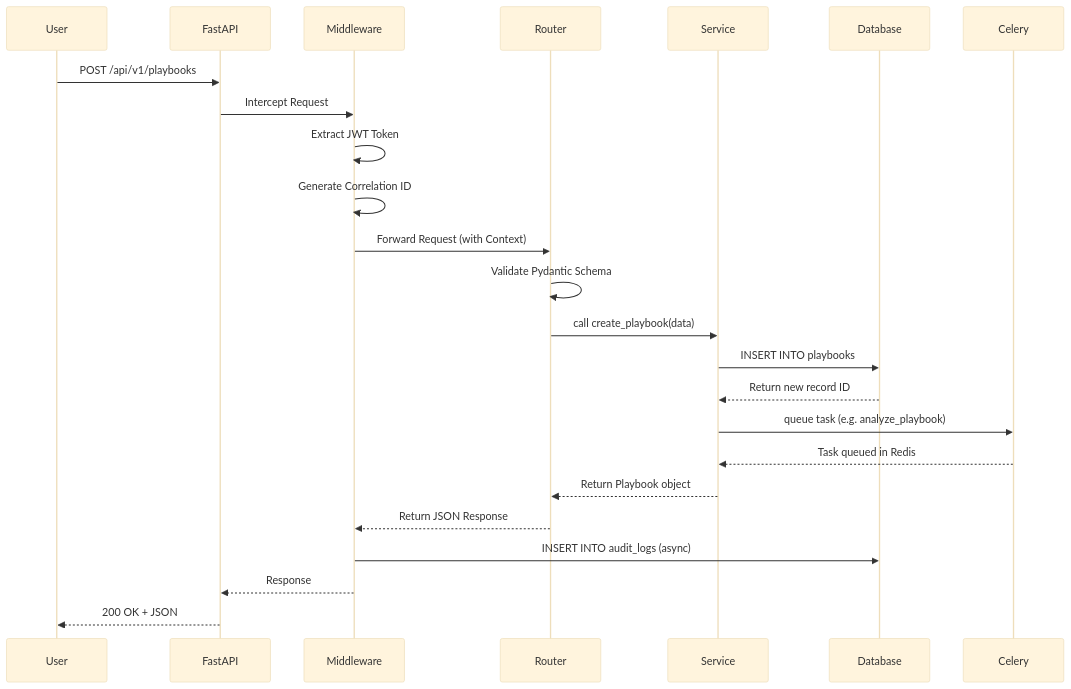
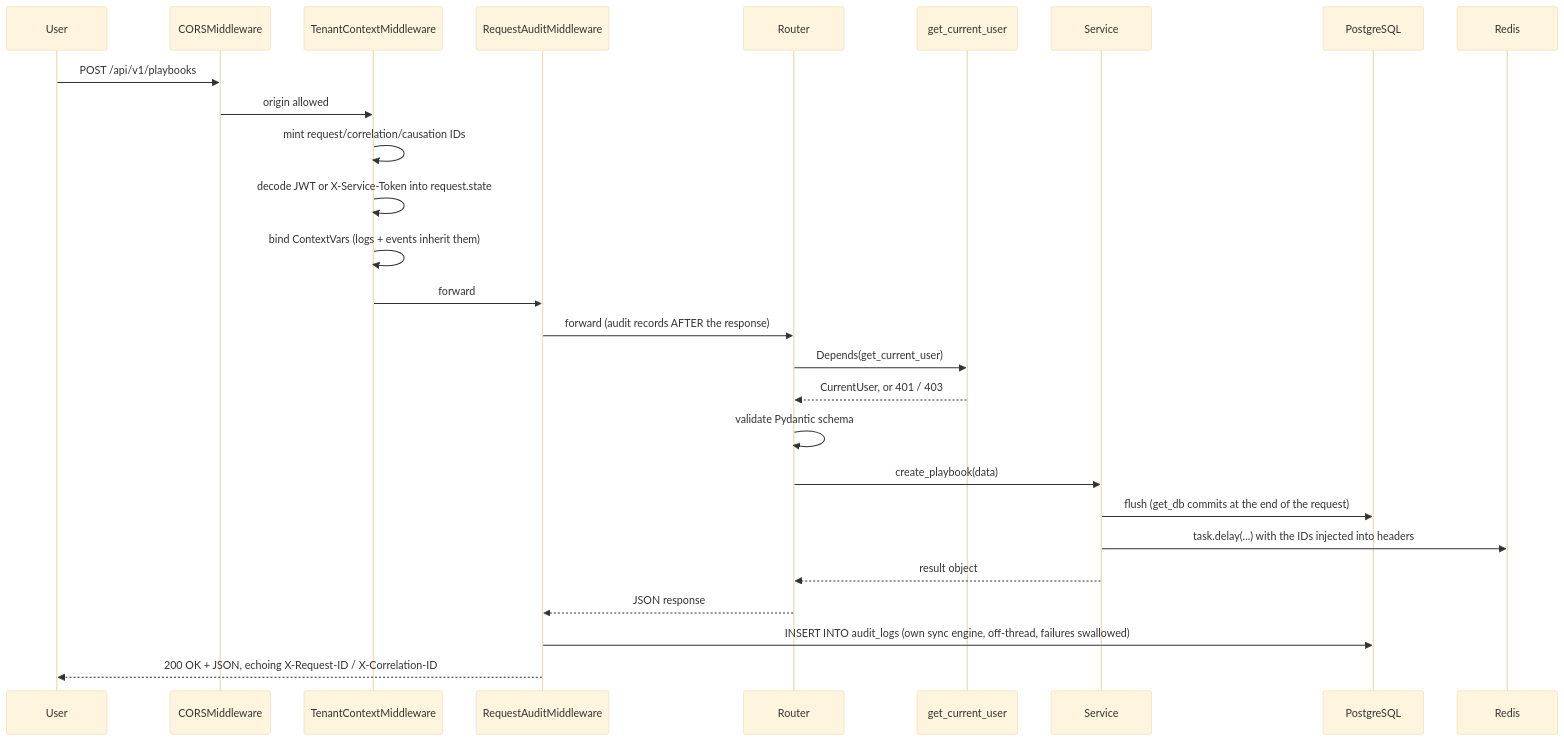
Before and after one commit to Valuedx/ContextEdge: the second of 4 diagrams in docs/02_Project_Architecture.md, drawn with Mermaid (base theme). The commit also changed other lines of this file and 48 other files, not shown here.

````diff
--- a/docs/02_Project_Architecture.md
+++ b/docs/02_Project_Architecture.md
@@ -185,27 +193,30 @@
 ```mermaid
 sequenceDiagram
     participant User
-    participant FastAPI
-    participant Middleware
+    participant CORS as CORSMiddleware
+    participant Ctx as TenantContextMiddleware
+    participant Audit as RequestAuditMiddleware
     participant Router
+    participant Dep as get_current_user
     participant Service
-    participant Database
-    participant Celery
+    participant DB as PostgreSQL
+    participant Redis
 
-    User->>FastAPI: POST /api/v1/playbooks
-    FastAPI->>Middleware: Intercept Request
-    Middleware->>Middleware: Extract JWT Token
-    Middleware->>Middleware: Generate Correlation ID
-    Middleware->>Router: Forward Request (with Context)
-    Router->>Router: Validate Pydantic Schema
-    Router->>Service: call create_playbook(data)
-    Service->>Database: INSERT INTO playbooks
-    Database-->>Service: Return new record ID
-    Service->>Celery: queue task (e.g. analyze_playbook)
-    Celery-->>Service: Task queued in Redis
-    Service-->>Router: Return Playbook object
-    Router-->>Middleware: Return JSON Response
-    Middleware->>Database: INSERT INTO audit_logs (async)
-    Middleware-->>FastAPI: Response
-    FastAPI-->>User: 200 OK + JSON
+    User->>CORS: POST /api/v1/playbooks
+    CORS->>Ctx: origin allowed
+    Ctx->>Ctx: mint request/correlation/causation IDs
+    Ctx->>Ctx: decode JWT or X-Service-Token into request.state
+    Ctx->>Ctx: bind ContextVars (logs + events inherit them)
+    Ctx->>Audit: forward
+    Audit->>Router: forward (audit records AFTER the response)
+    Router->>Dep: Depends(get_current_user)
+    Dep-->>Router: CurrentUser, or 401 / 403
+    Router->>Router: validate Pydantic schema
+    Router->>Service: create_playbook(data)
+    Service->>DB: flush (get_db commits at the end of the request)
+    Service->>Redis: task.delay(...) with the IDs injected into headers
+    Service-->>Router: result object
+    Router-->>Audit: JSON response
+    Audit->>DB: INSERT INTO audit_logs (own sync engine, off-thread, failures swallowed)
+    Audit-->>User: 200 OK + JSON, echoing X-Request-ID / X-Correlation-ID
 ```
````
